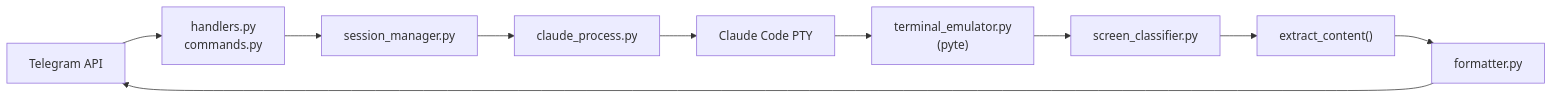
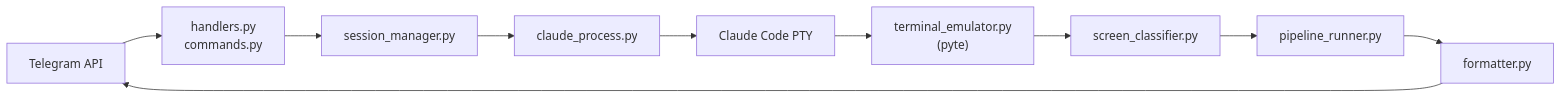
The diagram in docs/index.md (LounisBou/claude-code-telegram-instances-manager), drawn with Mermaid before and after one commit. The commit also changed other lines of this file and 1 other file, not shown here.

Commit message:
docs: update architecture.md and index.md for pipeline unification

````diff
--- a/docs/index.md
+++ b/docs/index.md
@@ -39,12 +39,12 @@
 ```mermaid
 graph LR
     TG["Telegram API"] --> handlers["handlers.py<br/>commands.py"]
     handlers --> SM["session_manager.py"]
     SM --> CP["claude_process.py"]
     CP --> PTY["Claude Code PTY"]
     PTY --> TE["terminal_emulator.py<br/>(pyte)"]
     TE --> SC["screen_classifier.py"]
-    SC --> EC["extract_content()"]
-    EC --> FMT["formatter.py"]
+    SC --> PR["pipeline_runner.py"]
+    PR --> FMT["formatter.py"]
     FMT --> TG
 ```
````
